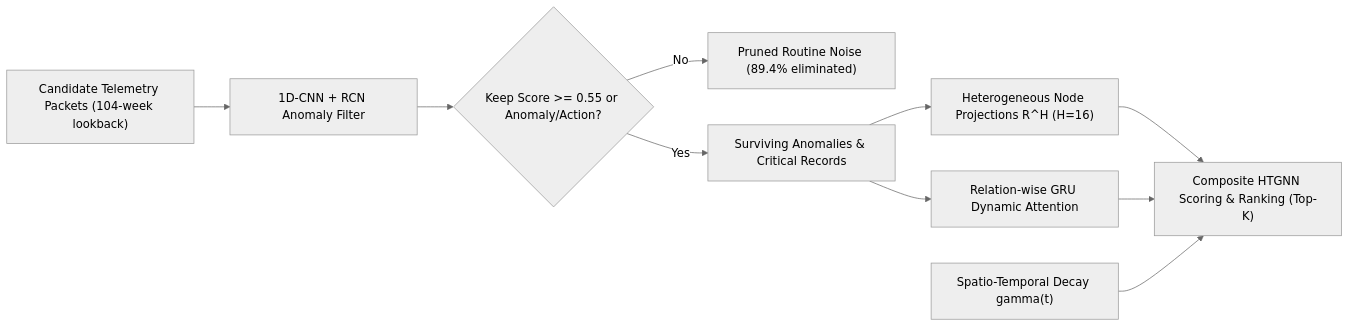
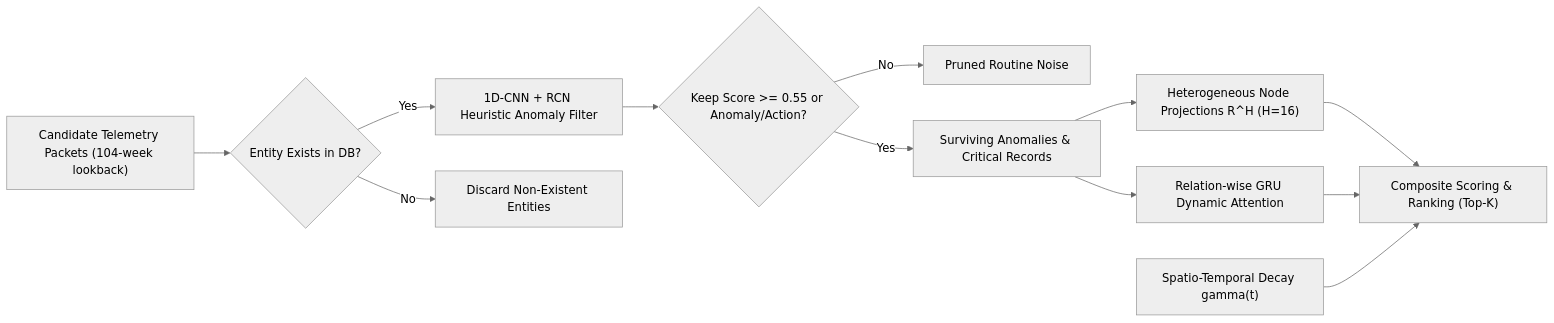
One commit to swamiabhishek45/Asset-Intelligence-Copilot changed the second of 2 diagrams in architecture.md. Above: the diagram before and after it, drawn with Mermaid (neutral theme). The commit also changed other lines of this file and 2 other files, not shown here.

Commit message:
docs: update context, architecture and changelog for final hardening pass

````diff
--- a/architecture.md
+++ b/architecture.md
@@ -128,21 +136,24 @@
 ```mermaid
 flowchart LR
     CandidatePackets["Candidate Telemetry Packets (104-week lookback)"]
-    CNN_RCN["1D-CNN + RCN Anomaly Filter"]
+    EntityCheck{"Entity Exists in DB?"}
+    CNN_RCN["1D-CNN + RCN Heuristic Anomaly Filter"]
     PruningGate{"Keep Score >= 0.55 or Anomaly/Action?"}
-    Pruned["Pruned Routine Noise (89.4% eliminated)"]
+    Pruned["Pruned Routine Noise"]
     Surviving["Surviving Anomalies & Critical Records"]
     NodeProj["Heterogeneous Node Projections R^H (H=16)"]
     RelationGRU["Relation-wise GRU Dynamic Attention"]
     TemporalDecay["Spatio-Temporal Decay gamma(t)"]
-    FinalScores["Composite HTGNN Scoring & Ranking (Top-K)"]
+    FinalScores["Composite Scoring & Ranking (Top-K)"]
 
-    CandidatePackets --> CNN_RCN --> PruningGate
+    CandidatePackets --> EntityCheck
+    EntityCheck -- No --> Drop["Discard Non-Existent Entities"]
+    EntityCheck -- Yes --> CNN_RCN --> PruningGate
     PruningGate -- No --> Pruned
     PruningGate -- Yes --> Surviving
     Surviving --> NodeProj
     Surviving --> RelationGRU
     NodeProj --> FinalScores
     RelationGRU --> FinalScores
     TemporalDecay --> FinalScores
 ```
````
